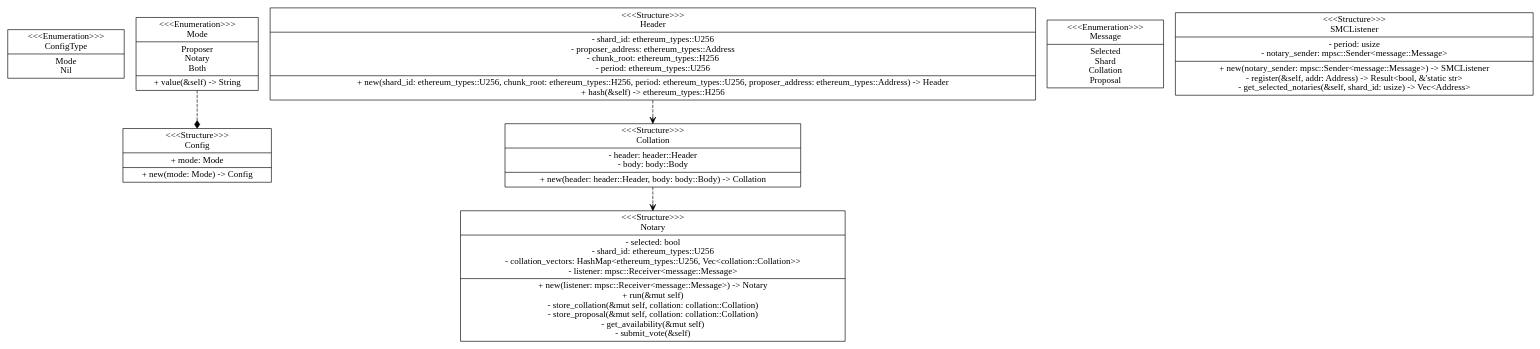
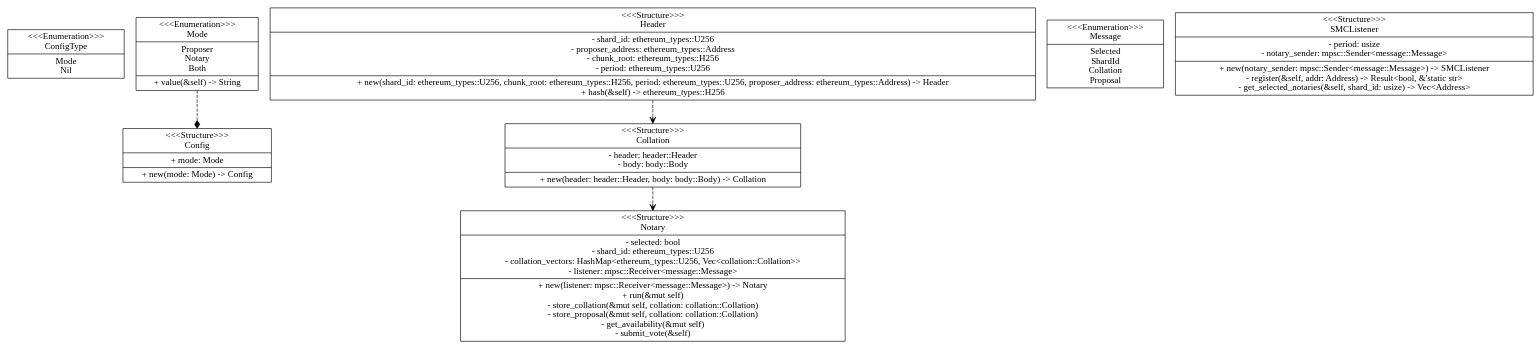
Before and after one commit to AyushyaChitransh/diamond_drops: the diagram in diagrams/ml.dot, drawn with Graphviz. The commit also changed 3 other files, not shown here.

```diff
--- a/diagrams/ml.dot
+++ b/diagrams/ml.dot
@@ -1,13 +1,13 @@
 digraph ml {
     ndConfigType[label="{&lt;&lt;&lt;Enumeration&gt;&gt;&gt;\nConfigType|Mode\nNil}"][shape="record"];
     ndMode[label="{&lt;&lt;&lt;Enumeration&gt;&gt;&gt;\nMode|Proposer\nNotary\nBoth|+ value(&amp;self) -&gt; String}"][shape="record"];
     ndConfig[label="{&lt;&lt;&lt;Structure&gt;&gt;&gt;\nConfig|+ mode: Mode|+ new(mode: Mode) -&gt; Config}"][shape="record"];
     ndCollation[label="{&lt;&lt;&lt;Structure&gt;&gt;&gt;\nCollation|- header: header::Header\n- body: body::Body|+ new(header: header::Header, body: body::Body) -&gt; Collation}"][shape="record"];
     ndHeader[label="{&lt;&lt;&lt;Structure&gt;&gt;&gt;\nHeader|- shard_id: ethereum_types::U256\n- proposer_address: ethereum_types::Address\n- chunk_root: ethereum_types::H256\n- period: ethereum_types::U256|+ new(shard_id: ethereum_types::U256, chunk_root: ethereum_types::H256, period: ethereum_types::U256, proposer_address: ethereum_types::Address) -&gt; Header\n+ hash(&amp;self) -&gt; ethereum_types::H256}"][shape="record"];
-    ndMessage[label="{&lt;&lt;&lt;Enumeration&gt;&gt;&gt;\nMessage|Selected\nShard\nCollation\nProposal}"][shape="record"];
+    ndMessage[label="{&lt;&lt;&lt;Enumeration&gt;&gt;&gt;\nMessage|Selected\nShardId\nCollation\nProposal}"][shape="record"];
     ndNotary[label="{&lt;&lt;&lt;Structure&gt;&gt;&gt;\nNotary|- selected: bool\n- shard_id: ethereum_types::U256\n- collation_vectors: HashMap&lt;ethereum_types::U256, Vec&lt;collation::Collation&gt;&gt;\n- listener: mpsc::Receiver&lt;message::Message&gt;|+ new(listener: mpsc::Receiver&lt;message::Message&gt;) -&gt; Notary\n+ run(&amp;mut self)\n- store_collation(&amp;mut self, collation: collation::Collation)\n- store_proposal(&amp;mut self, collation: collation::Collation)\n- get_availability(&amp;mut self)\n- submit_vote(&amp;self)}"][shape="record"];
     ndSMCListener[label="{&lt;&lt;&lt;Structure&gt;&gt;&gt;\nSMCListener|- period: usize\n- notary_sender: mpsc::Sender&lt;message::Message&gt;|+ new(notary_sender: mpsc::Sender&lt;message::Message&gt;) -&gt; SMCListener\n- register(&amp;self, addr: Address) -&gt; Result&lt;bool, &amp;\'static str&gt;\n- get_selected_notaries(&amp;self, shard_id: usize) -&gt; Vec&lt;Address&gt;}"][shape="record"];
     ndMode -> ndConfig[label=""][style="dashed"][arrowhead="diamond"];
     ndCollation -> ndNotary[label=""][style="dashed"][arrowhead="vee"];
     ndHeader -> ndCollation[label=""][style="dashed"][arrowhead="vee"];
 }
```
